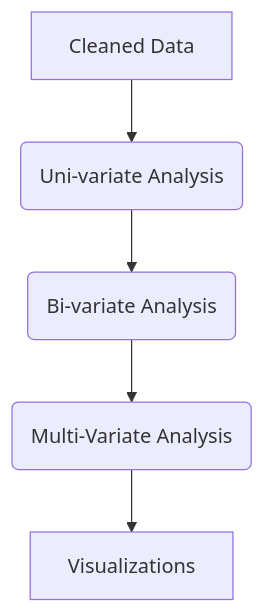
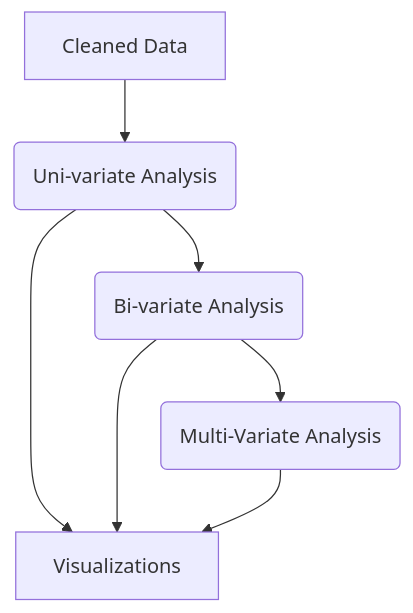
Before and after one commit to JamieDuane/SC5010_IBM_Data_Analysis: the third of 5 diagrams in README.md, drawn with Mermaid.

````diff
--- a/README.md
+++ b/README.md
@@ -67,7 +67,9 @@
 ```mermaid
 flowchart TD;
     A[Cleaned Data]-->B(Uni-variate Analysis);
+    B-->E[Visualizations];
     B-->C(Bi-variate Analysis);
+    C-->E;
     C-->D(Multi-Variate Analysis);
-    D-->E[Visualizations];
+    D-->E;
 ```
````
